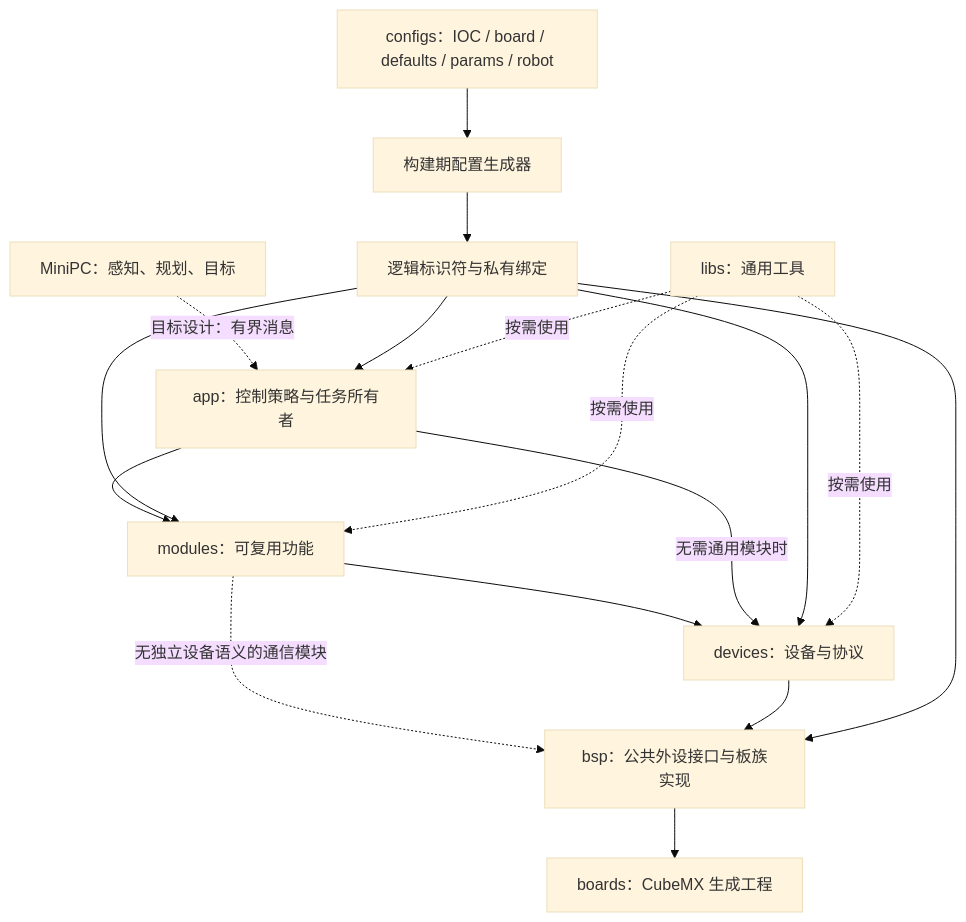
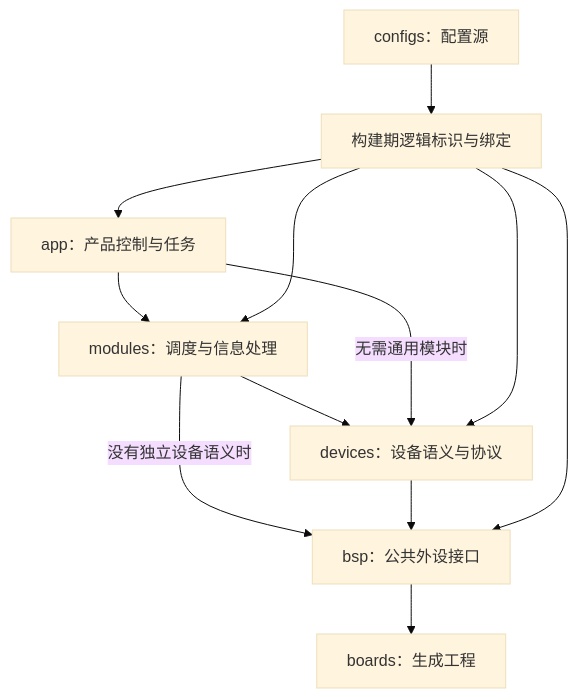
Before and after one commit to CosmosMount/embedded_framework_trial: the diagram in .agents/docs/DESIGN.md, drawn with Mermaid (base theme). The commit also changed other lines of this file and 5 other files, not shown here.

````diff
--- a/.agents/docs/DESIGN.md
+++ b/.agents/docs/DESIGN.md
@@ -18,19 +17,14 @@
 ```mermaid
 flowchart TB
-    Host[MiniPC：感知、规划、目标] -.目标设计：有界消息.-> App[app：控制策略与任务所有者]
-    App --> Module[modules：可复用功能]
-    Module --> Device[devices：设备与协议]
+    App[app：产品控制与任务] --> Module[modules：调度与信息处理]
+    Module --> Device[devices：设备语义与协议]
     App -->|无需通用模块时| Device
-    Module -.无独立设备语义的通信模块.-> BSP
-    Device --> BSP[bsp：公共外设接口与板族实现]
-    BSP --> Board[boards：CubeMX 生成工程]
-    Inputs[configs：IOC / board / defaults / params / robot] --> Generator[构建期配置生成器]
-    Generator --> Bindings[逻辑标识符与私有绑定]
-    Bindings --> App
-    Bindings --> Module
-    Bindings --> Device
-    Bindings --> BSP
-    Lib[libs：通用工具] -.按需使用.-> App
-    Lib -.按需使用.-> Module
-    Lib -.按需使用.-> Device
+    Module -->|没有独立设备语义时| BSP[bsp：公共外设接口]
+    Device --> BSP
+    BSP --> Board[boards：生成工程]
+    Config[configs：配置源] --> Generated[构建期逻辑标识与绑定]
+    Generated --> App
+    Generated --> Module
+    Generated --> Device
+    Generated --> BSP
 ```
````
